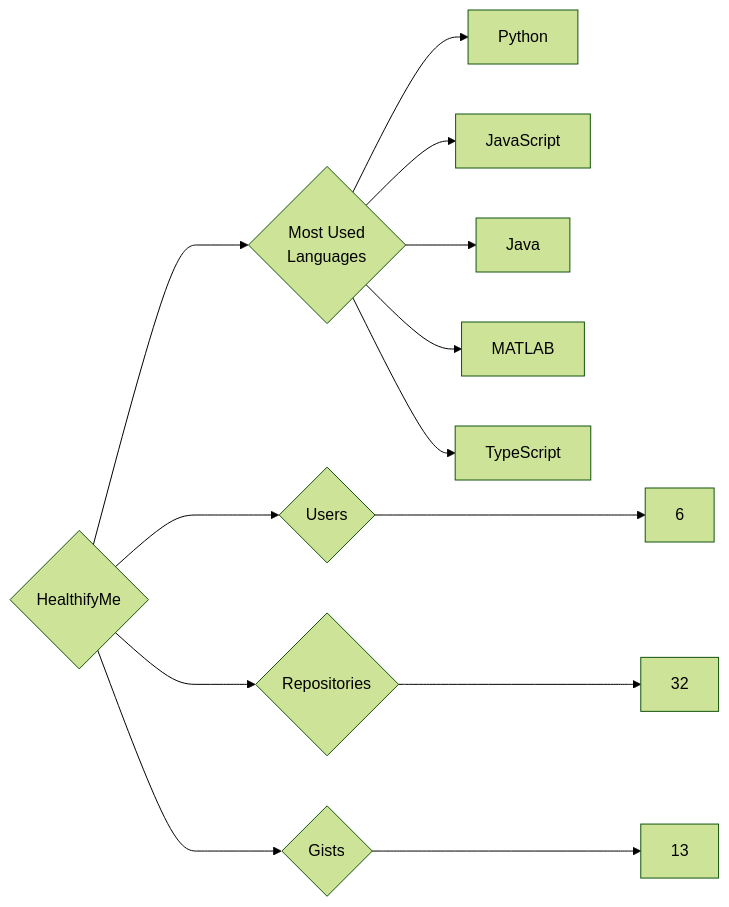
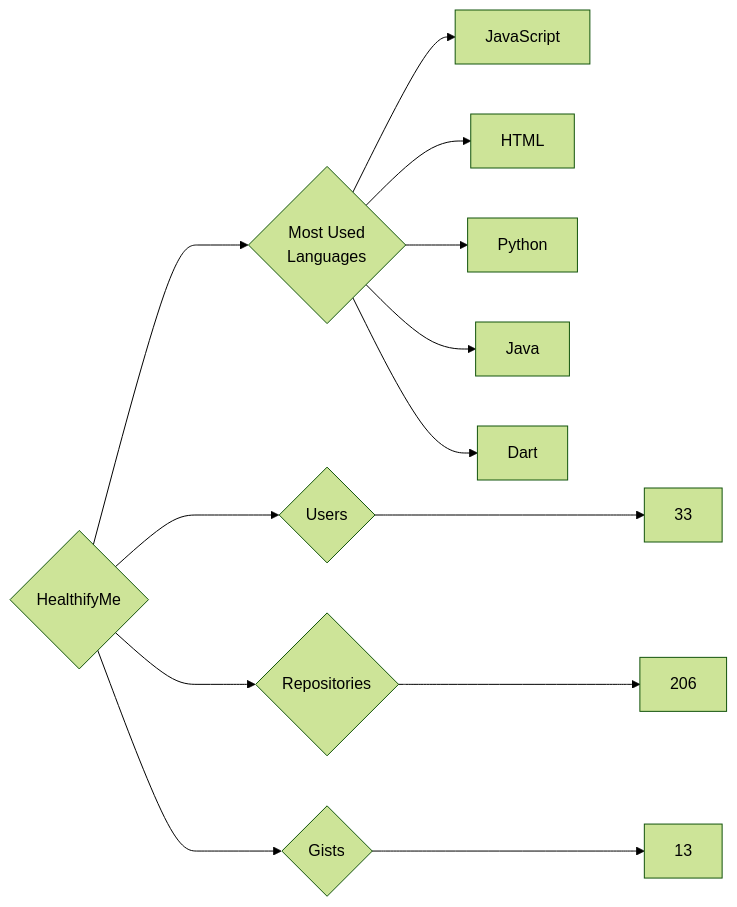
Before and after one commit to trickest/insiders: the diagram in targets/HealthifyMe/README.md, drawn with Mermaid (forest theme). The commit also changed 874 other files, not shown here.

````diff
--- a/targets/HealthifyMe/README.md
+++ b/targets/HealthifyMe/README.md
@@ -3,13 +3,13 @@
 ```mermaid
 graph LR
 COMPANY_NAME{HealthifyMe}
-COMPANY_NAME ---> U{Users} ---> UN[6]
-COMPANY_NAME ---> R{Repositories} ---> RN[32]
+COMPANY_NAME ---> U{Users} ---> UN[33]
+COMPANY_NAME ---> R{Repositories} ---> RN[206]
 COMPANY_NAME ---> G{Gists} ---> GN[13]
 COMPANY_NAME ---> ML{Most Used<br>Languages}
+ML --> JavaScript[JavaScript]
+ML --> HTML[HTML]
 ML --> Python[Python]
-ML --> JavaScript[JavaScript]
 ML --> Java[Java]
-ML --> MATLAB[MATLAB]
-ML --> TypeScript[TypeScript]
+ML --> Dart[Dart]
 ```
````
